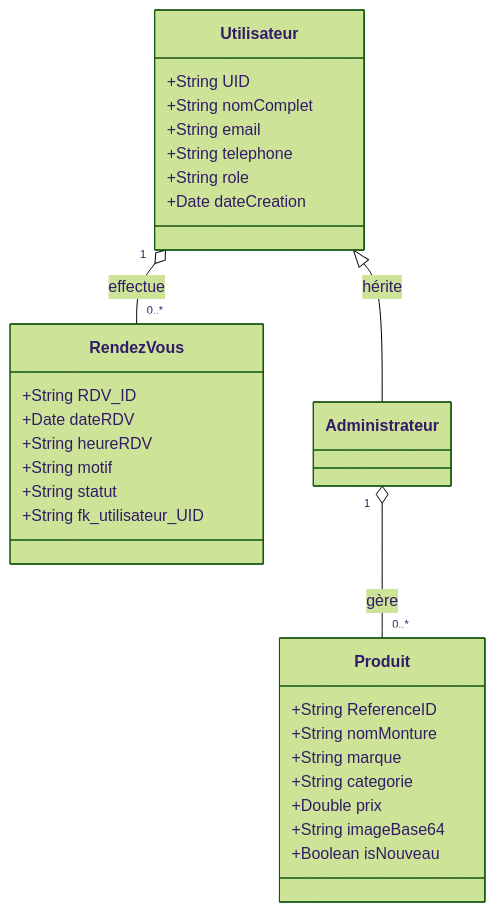
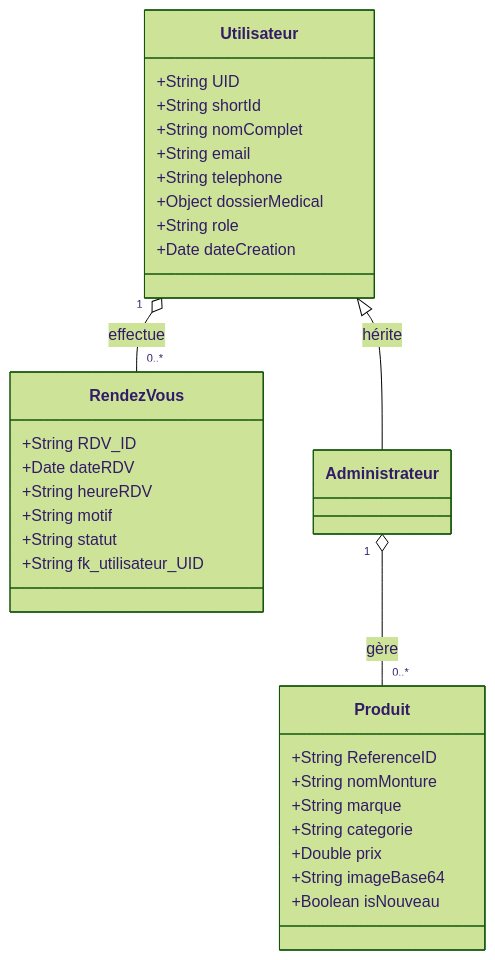
Before and after one commit to Midousy92/Barham_Optic: the third of 6 diagrams in Memoire_Academique_Barham_Optic.md, drawn with Mermaid (forest theme). The commit also changed other lines of this file and 7 other files, not shown here.

````diff
--- a/Memoire_Academique_Barham_Optic.md
+++ b/Memoire_Academique_Barham_Optic.md
@@ -298,34 +299,36 @@
 ```mermaid
 classDiagram
     class Utilisateur {
         +String UID
+        +String shortId
         +String nomComplet
         +String email
         +String telephone
+        +Object dossierMedical
         +String role
         +Date dateCreation
     }
     
     class Produit {
         +String ReferenceID
         +String nomMonture
         +String marque
         +String categorie
         +Double prix
         +String imageBase64
         +Boolean isNouveau
     }
     
     class RendezVous {
         +String RDV_ID
         +Date dateRDV
         +String heureRDV
         +String motif
         +String statut
         +String fk_utilisateur_UID
     }
 
     Utilisateur "1" o--  "0..*" RendezVous : effectue
     Administrateur "1" o-- "0..*" Produit : gère
     Utilisateur <|-- Administrateur : hérite
 ```
````
